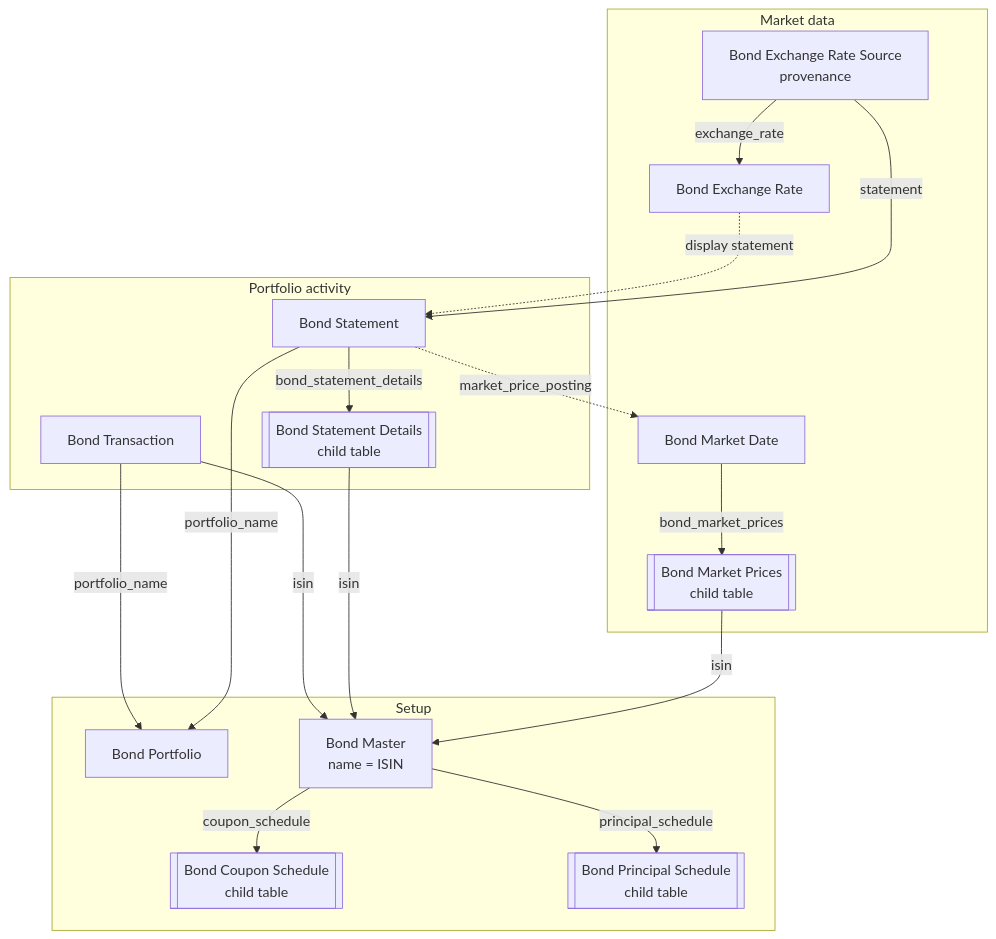
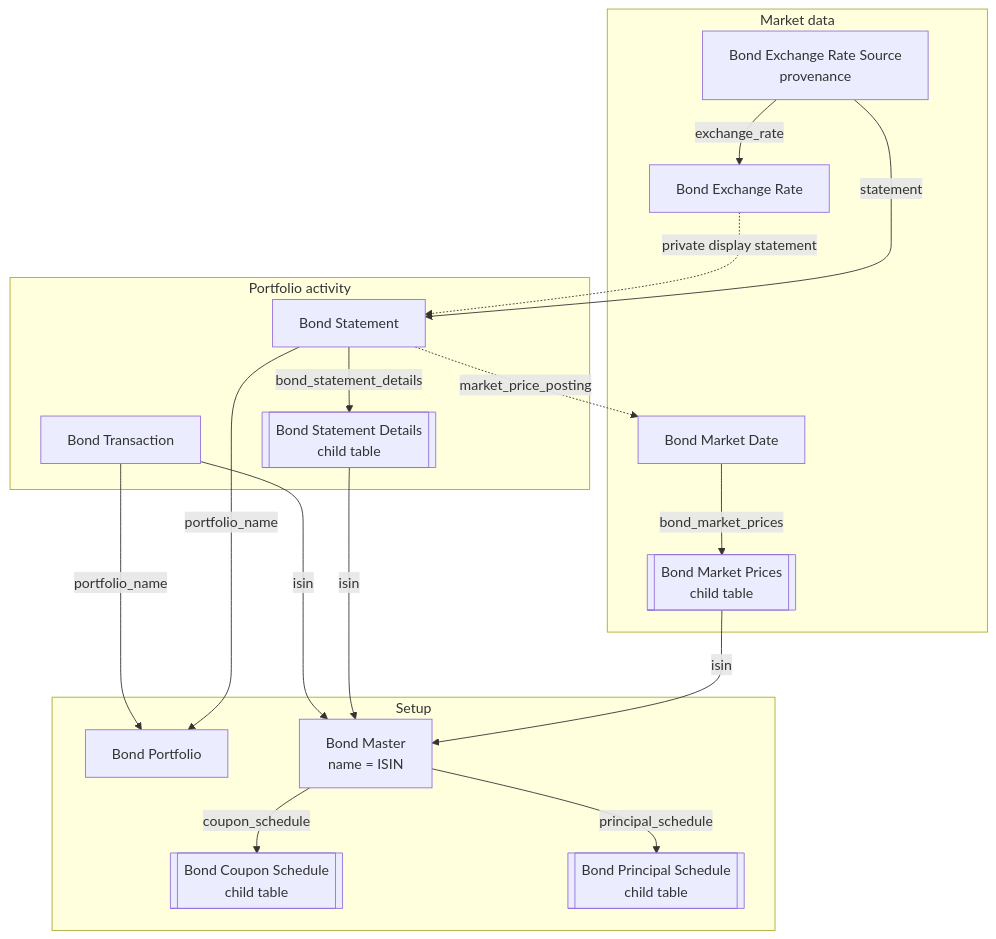
One commit to dee-pat/bond_management changed the first of 2 diagrams in docs/domain-model.md. Above: the diagram before and after it, drawn with Mermaid. The commit also changed other lines of this file and 10 other files, not shown here.

````diff
--- a/docs/domain-model.md
+++ b/docs/domain-model.md
@@ -16,38 +16,38 @@
 ```mermaid
 flowchart TB
     subgraph Setup["Setup"]
         BP["Bond Portfolio"]
         BM["Bond Master<br/>name = ISIN"]
         BCS[["Bond Coupon Schedule<br/>child table"]]
         BPS[["Bond Principal Schedule<br/>child table"]]
     end
 
     subgraph Activity["Portfolio activity"]
         BT["Bond Transaction"]
         BS["Bond Statement"]
         BSD[["Bond Statement Details<br/>child table"]]
     end
 
     subgraph Market["Market data"]
         BMD["Bond Market Date"]
         BMP[["Bond Market Prices<br/>child table"]]
         BER["Bond Exchange Rate"]
         BERS["Bond Exchange Rate Source<br/>provenance"]
     end
 
     BM -->|"coupon_schedule"| BCS
     BM -->|"principal_schedule"| BPS
 
     BT -->|"portfolio_name"| BP
     BT -->|"isin"| BM
     BS -->|"portfolio_name"| BP
     BS -->|"bond_statement_details"| BSD
     BSD -->|"isin"| BM
 
     BMD -->|"bond_market_prices"| BMP
     BMP -->|"isin"| BM
     BS -.->|"market_price_posting"| BMD
-    BER -.->|"display statement"| BS
+    BER -.->|"private display statement"| BS
     BERS -->|"exchange_rate"| BER
     BERS -->|"statement"| BS
 ```
````
